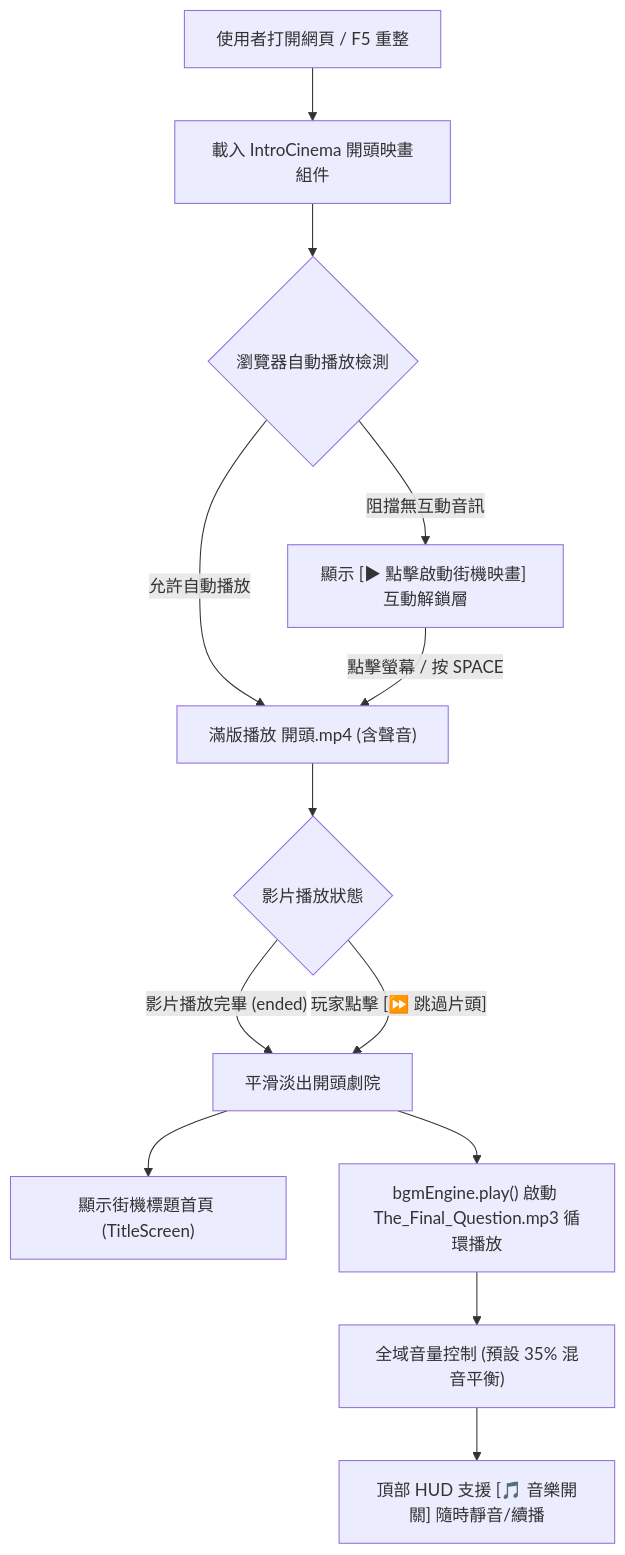
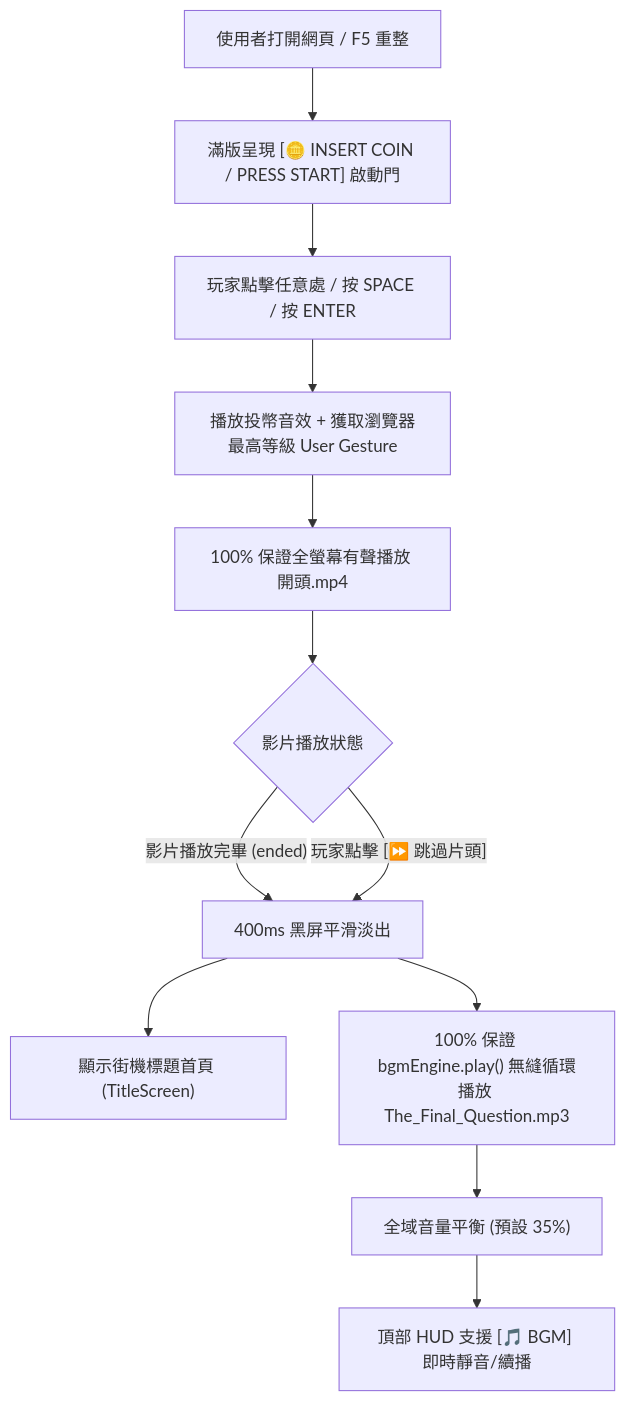
Diagram 14 of 15 in spec.md (rossiho23/republiceducation2026), drawn with Mermaid before and after one commit. The commit also changed other lines of this file and 6 other files, not shown here.

````diff
--- a/spec.md
+++ b/spec.md
@@ -776,17 +777,16 @@
 ```mermaid
 flowchart TD
-    A["使用者打開網頁 / F5 重整"] --> B["載入 IntroCinema 開頭映畫組件"]
-    B --> C{"瀏覽器自動播放檢測"}
-    C -- "允許自動播放" --> D["滿版播放 開頭.mp4 (含聲音)"]
-    C -- "阻擋無互動音訊" --> E["顯示 [▶ 點擊啟動街機映畫] 互動解鎖層"]
-    E -->|點擊螢幕 / 按 SPACE| D
+    A["使用者打開網頁 / F5 重整"] --> B["滿版呈現 [🪙 INSERT COIN / PRESS START] 啟動門"]
+    B --> C["玩家點擊任意處 / 按 SPACE / 按 ENTER"]
+    C --> D["播放投幣音效 + 獲取瀏覽器最高等級 User Gesture"]
+    D --> E["100% 保證全螢幕有聲播放 開頭.mp4"]
 
-    D --> F{"影片播放狀態"}
-    F -- "影片播放完畢 (ended)" --> G["平滑淡出開頭劇院"]
+    E --> F{"影片播放狀態"}
+    F -- "影片播放完畢 (ended)" --> G["400ms 黑屏平滑淡出"]
     F -- "玩家點擊 [⏩ 跳過片頭]" --> G
 
     G --> H["顯示街機標題首頁 (TitleScreen)"]
-    G --> I["bgmEngine.play() 啟動 The_Final_Question.mp3 循環播放"]
-    I --> J["全域音量控制 (預設 35% 混音平衡)"]
-    J --> K["頂部 HUD 支援 [🎵 音樂開關] 隨時靜音/續播"]
+    G --> I["100% 保證 bgmEngine.play() 無縫循環播放 The_Final_Question.mp3"]
+    I --> J["全域音量平衡 (預設 35%)"]
+    J --> K["頂部 HUD 支援 [🎵 BGM] 即時靜音/續播"]
 ```
````
